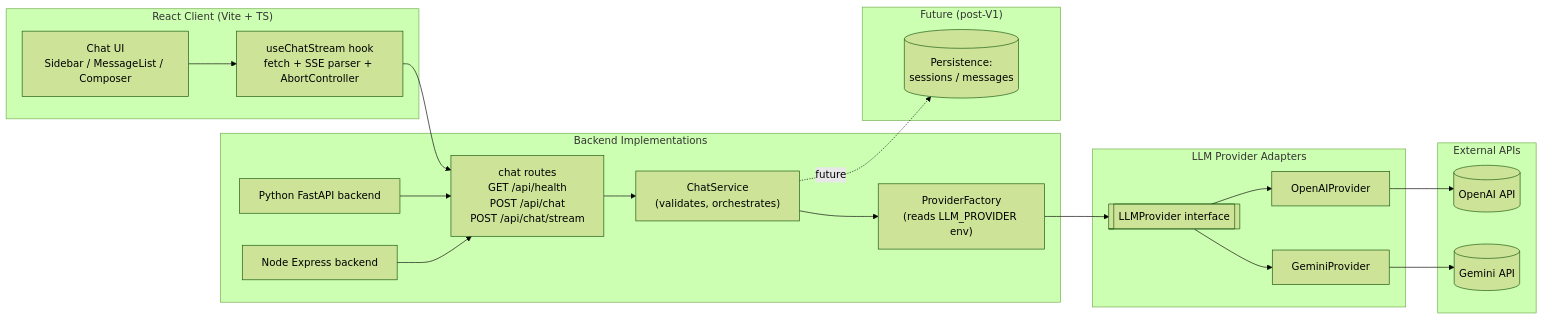
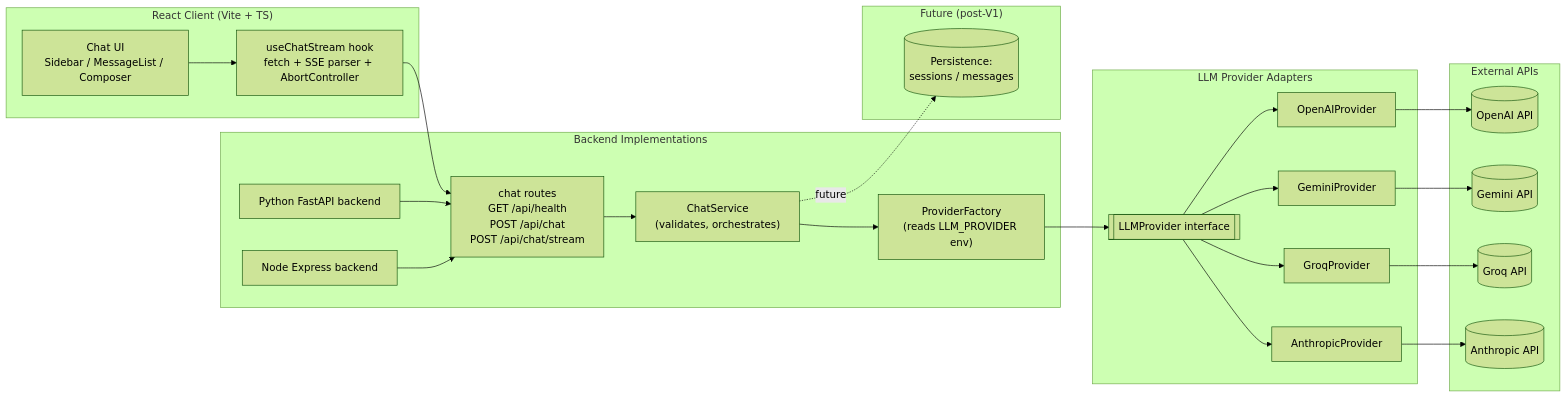
Before and after one commit to pateatlau/fullstack-ai-platform: the diagram in README.md, drawn with Mermaid (forest theme). The commit also changed other lines of this file and 25 other files, not shown here.

First line of the commit message:
Feat/groq and anthropic (#27)

````diff
--- a/README.md
+++ b/README.md
@@ -43,39 +43,45 @@
 ```mermaid
 flowchart LR
   subgraph Client["React Client (Vite + TS)"]
     UI["Chat UI\nSidebar / MessageList / Composer"]
     Hook["useChatStream hook\nfetch + SSE parser + AbortController"]
   end
 
   subgraph API["Backend Implementations"]
     Py["Python FastAPI backend"]
     Node["Node Express backend"]
     Router["chat routes\nGET /api/health\nPOST /api/chat\nPOST /api/chat/stream"]
     Service["ChatService\n(validates, orchestrates)"]
     Factory["ProviderFactory\n(reads LLM_PROVIDER env)"]
   end
 
   subgraph Providers["LLM Provider Adapters"]
     Base[["LLMProvider interface"]]
     OpenAIAdapter["OpenAIProvider"]
     GeminiAdapter["GeminiProvider"]
+    GroqAdapter["GroqProvider"]
+    AnthropicAdapter["AnthropicProvider"]
   end
 
   subgraph External["External APIs"]
     OpenAI[("OpenAI API")]
     Gemini[("Gemini API")]
+    Groq[("Groq API")]
+    Anthropic[("Anthropic API")]
   end
 
   subgraph Future["Future (post-V1)"]
     DB[("Persistence:\nsessions / messages")]
   end
 
   UI --> Hook --> Router
   Py --> Router
   Node --> Router
   Router --> Service --> Factory
   Factory --> Base
   Base --> OpenAIAdapter --> OpenAI
   Base --> GeminiAdapter --> Gemini
+  Base --> GroqAdapter --> Groq
+  Base --> AnthropicAdapter --> Anthropic
   Service -. future .-> DB
 ```
````
